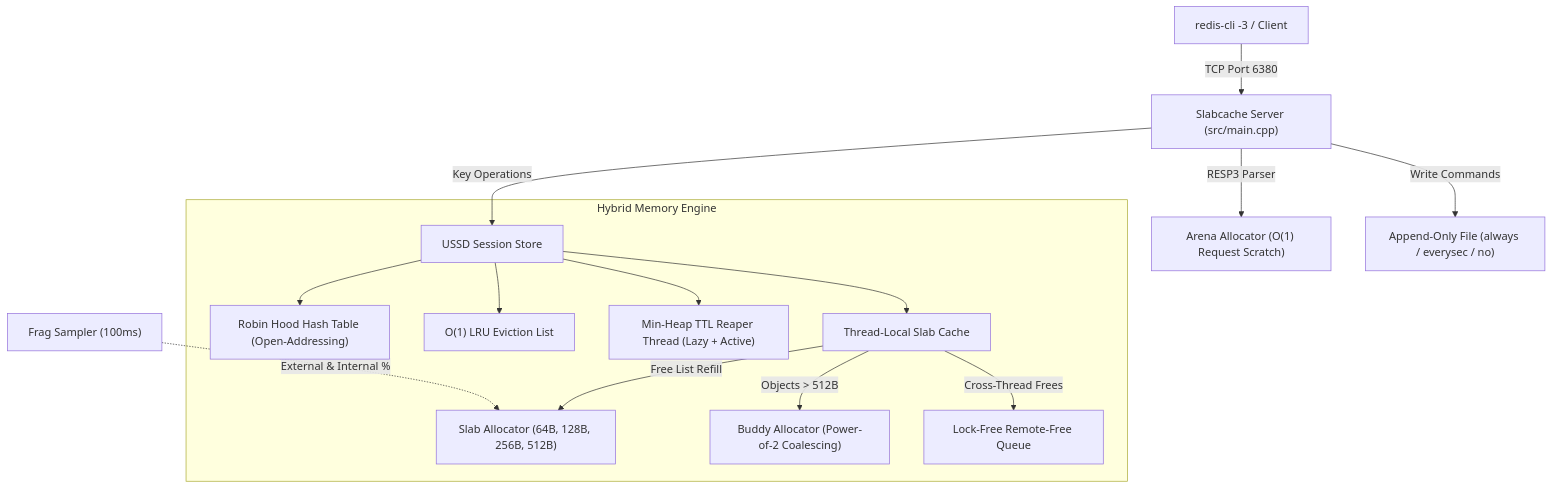
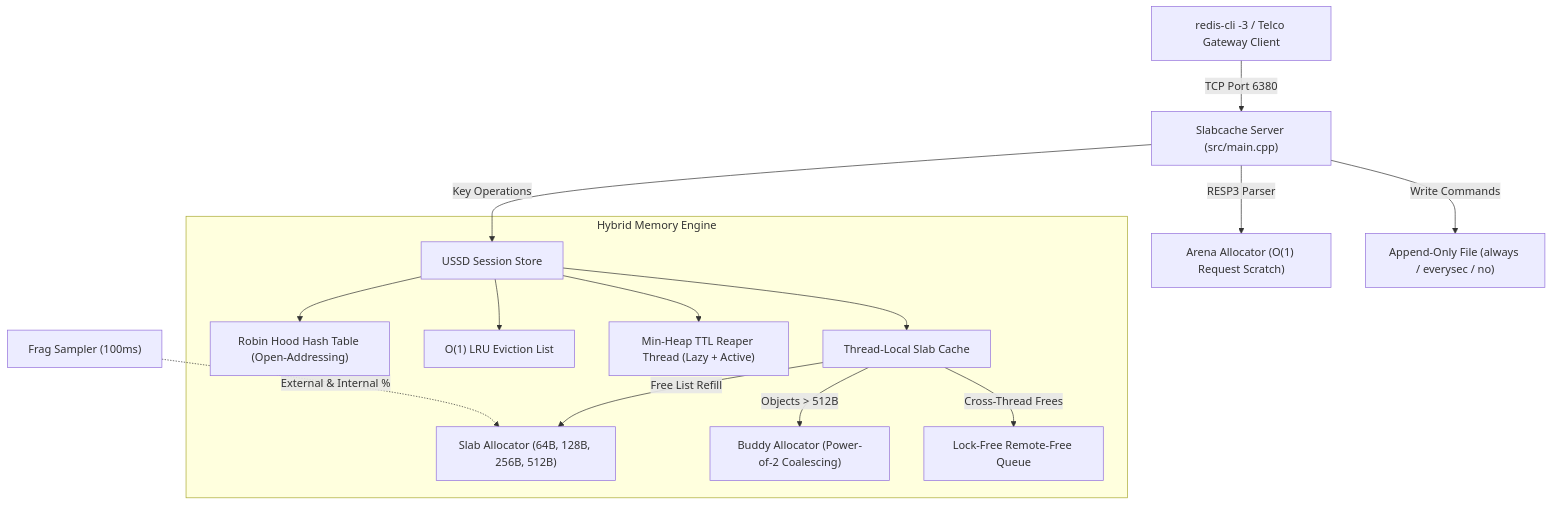
Before and after one commit to crnjihia/slabcache: the diagram in README.md, drawn with Mermaid. The commit also changed other lines of this file, not shown here.

Commit message:
docs(readme): embed demo visual and expand telco USSD session cache context

````diff
--- a/README.md
+++ b/README.md
@@ -10,19 +33,19 @@
 ```mermaid
 flowchart TD
-    Client["redis-cli -3 / Client"] -->|TCP Port 6380| Server["Slabcache Server (src/main.cpp)"]
+    Client["redis-cli -3 / Telco Gateway Client"] -->|TCP Port 6380| Server["Slabcache Server (src/main.cpp)"]
     Server -->|RESP3 Parser| Arena["Arena Allocator (O(1) Request Scratch)"]
     Server -->|Write Commands| AOF["Append-Only File (always / everysec / no)"]
     Server -->|Key Operations| Store["USSD Session Store"]
     
     subgraph CoreEngine ["Hybrid Memory Engine"]
         Store --> RobinHood["Robin Hood Hash Table (Open-Addressing)"]
         Store --> LRU["O(1) LRU Eviction List"]
         Store --> TTL["Min-Heap TTL Reaper Thread (Lazy + Active)"]
         Store --> TC["Thread-Local Slab Cache"]
         TC -->|Free List Refill| Slab["Slab Allocator (64B, 128B, 256B, 512B)"]
         TC -->|Objects > 512B| Buddy["Buddy Allocator (Power-of-2 Coalescing)"]
         TC -->|Cross-Thread Frees| RemoteQ["Lock-Free Remote-Free Queue"]
     end
     
     Metrics["Frag Sampler (100ms)"] -.->|External & Internal %| Slab
 ```
````
